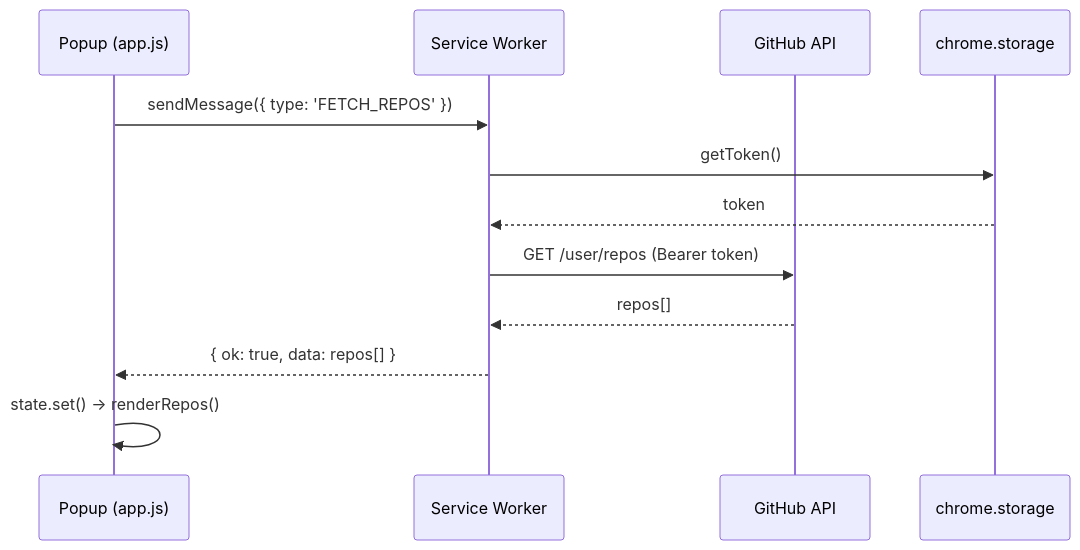
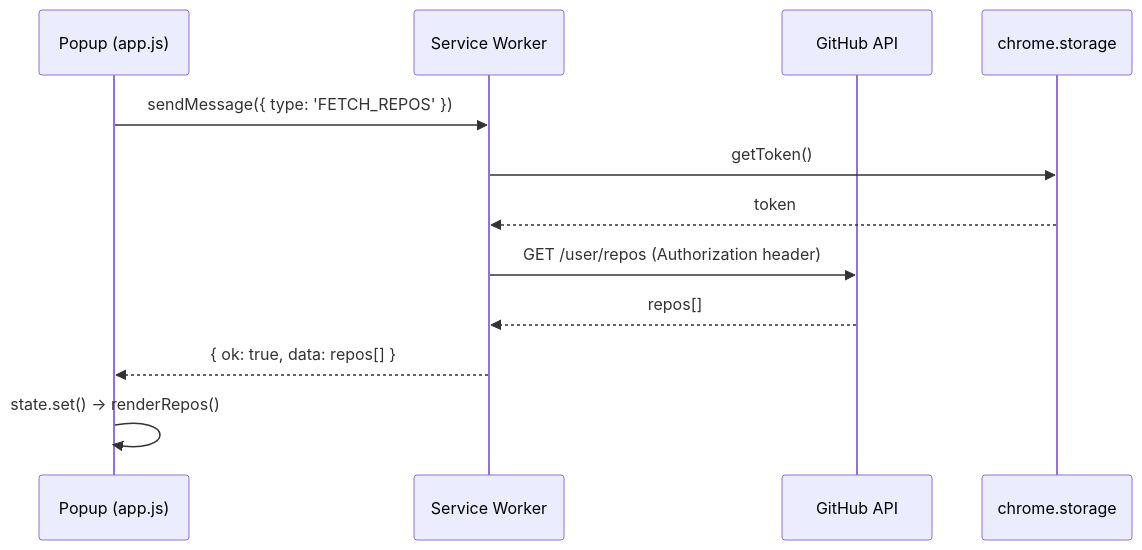
Before and after one commit to ThanhNguyxnOrg/ForgeHelm: the second of 3 diagrams in README.md, drawn with Mermaid. The commit also changed other lines of this file and 5 other files, not shown here.

````diff
--- a/README.md
+++ b/README.md
@@ -261,15 +216,15 @@
 ```mermaid
 sequenceDiagram
     participant P as Popup (app.js)
     participant SW as Service Worker
     participant API as GitHub API
     participant S as chrome.storage
 
     P->>SW: sendMessage({ type: 'FETCH_REPOS' })
     SW->>S: getToken()
     S-->>SW: token
-    SW->>API: GET /user/repos (Bearer token)
+    SW->>API: GET /user/repos (Authorization header)
     API-->>SW: repos[]
     SW-->>P: { ok: true, data: repos[] }
     P->>P: state.set() → renderRepos()
 ```
````
